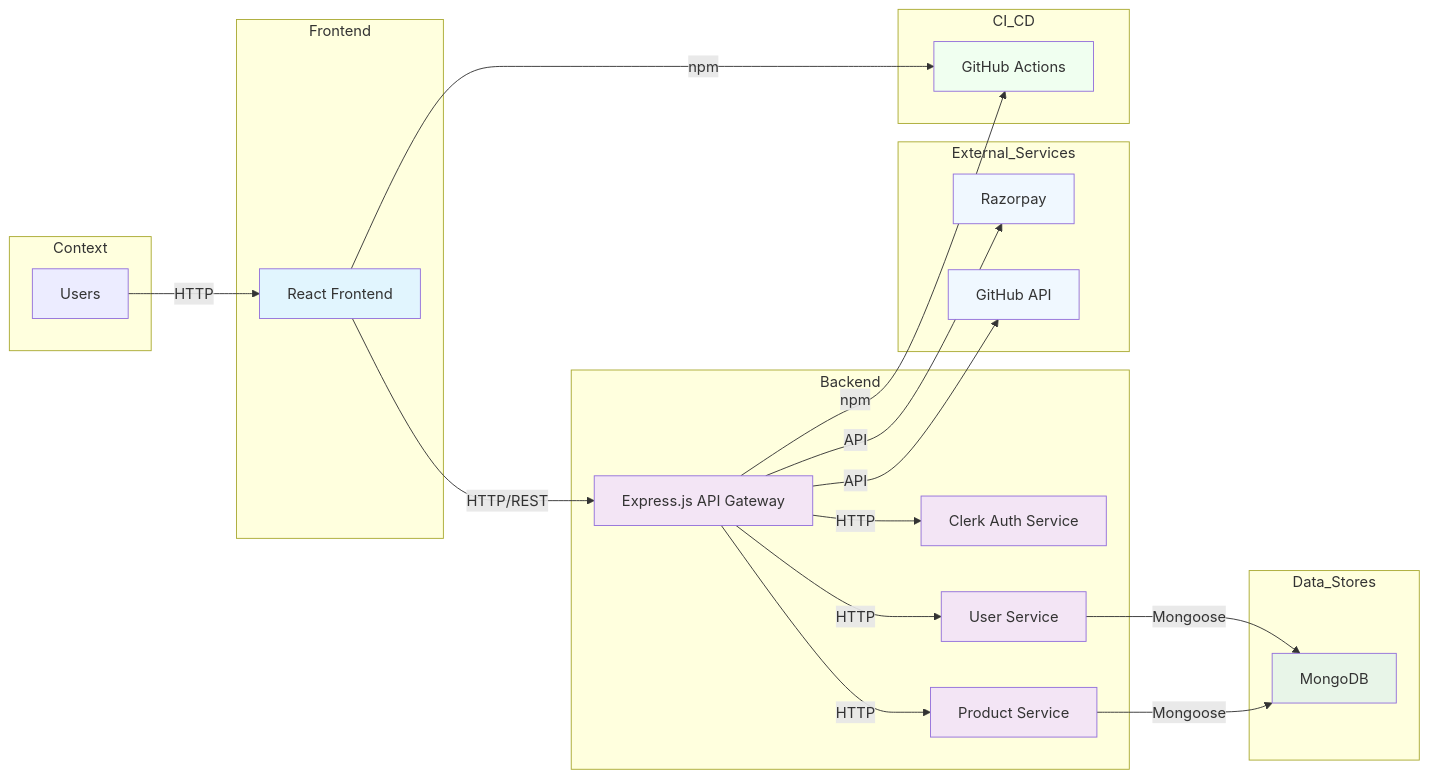
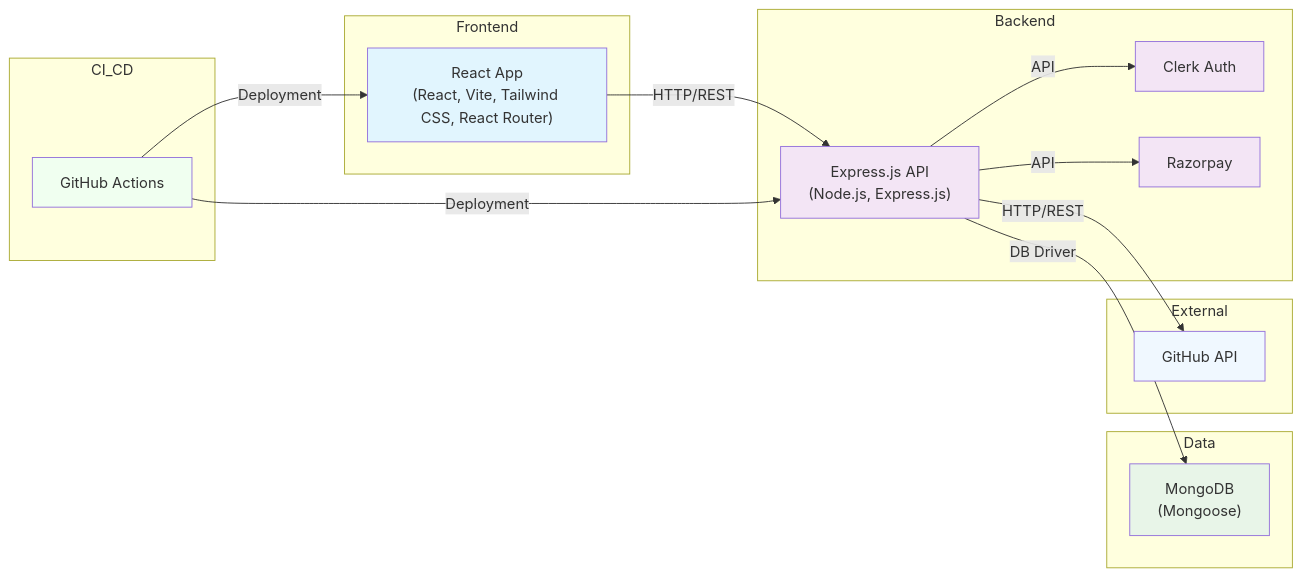
One commit to Aniruddha434/AutoMaxLib changed the diagram in ARCHITECTURE.md. Above: the diagram before and after it, drawn with Mermaid.

Commit message:
Add/Update ARCHITECTURE.md via AutoGitPilot Architecture Diagram Generator

````diff
--- a/ARCHITECTURE.md
+++ b/ARCHITECTURE.md
@@ -5,52 +5,39 @@
 ```mermaid
 graph LR
-    subgraph Context
-        User["Users"]
-    end
-
     subgraph Frontend
-        ReactApp["React Frontend"]
-        style ReactApp fill:#e1f5fe
+        UI["React App<br/>(React, Vite, Tailwind CSS, React Router)"]
+        style UI fill:#e1f5fe
     end
 
     subgraph Backend
-        API_Gateway["Express.js API Gateway"]
-        Auth_Service["Clerk Auth Service"]
-        User_Service["User Service"]
-        Product_Service["Product Service"]
+        API_Gateway["Express.js API<br/>(Node.js, Express.js)"]
+        AUTH_Service["Clerk Auth"]
+        PAYMENT_Service["Razorpay"]
         style API_Gateway fill:#f3e5f5
-        style Auth_Service fill:#f3e5f5
-        style User_Service fill:#f3e5f5
-        style Product_Service fill:#f3e5f5
+        style AUTH_Service fill:#f3e5f5
+        style PAYMENT_Service fill:#f3e5f5
     end
 
-    subgraph Data_Stores
-        MongoDB["MongoDB"]
-        style MongoDB fill:#e8f5e8
+    subgraph Data
+        DB["MongoDB<br/>(Mongoose)"]
+        style DB fill:#e8f5e8
     end
 
-    subgraph External_Services
-        Razorpay["Razorpay"]
-        GitHubAPI["GitHub API"]
-        style Razorpay fill:#f0f8ff
-        style GitHubAPI fill:#f0f8ff
+    subgraph External
+        GITHUB["GitHub API"]
+        style GITHUB fill:#f0f8ff
     end
 
     subgraph CI_CD
-        GitHubActions["GitHub Actions"]
-        style GitHubActions fill:#f0fff0
+        CI["GitHub Actions"]
+        style CI fill:#f0fff0
     end
 
-
-    User -->|HTTP| ReactApp
-    ReactApp -->|HTTP/REST| API_Gateway
-    API_Gateway -->|HTTP| Auth_Service
-    API_Gateway -->|HTTP| User_Service
-    API_Gateway -->|HTTP| Product_Service
-    User_Service -->|Mongoose| MongoDB
-    Product_Service -->|Mongoose| MongoDB
-    API_Gateway -->|API| Razorpay
-    API_Gateway -->|API| GitHubAPI
-    ReactApp -->|npm| GitHubActions
-    API_Gateway -->|npm| GitHubActions
+    UI -->|HTTP/REST| API_Gateway
+    API_Gateway -->|HTTP/REST| GITHUB
+    API_Gateway -->|DB Driver| DB
+    API_Gateway -->|API| AUTH_Service
+    API_Gateway -->|API| PAYMENT_Service
+    CI -->|Deployment| API_Gateway
+    CI -->|Deployment| UI
 ```
````
